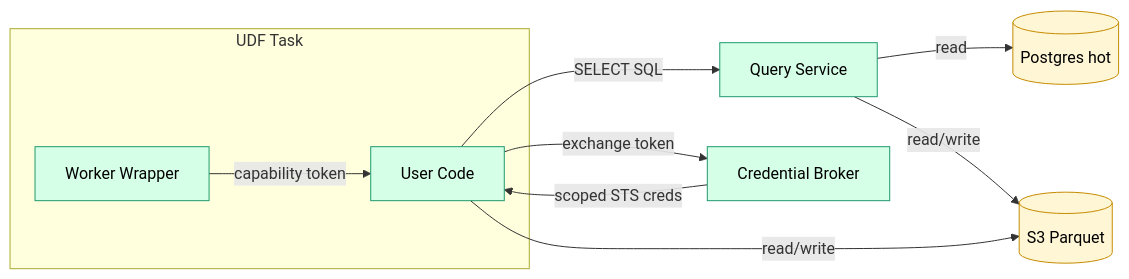
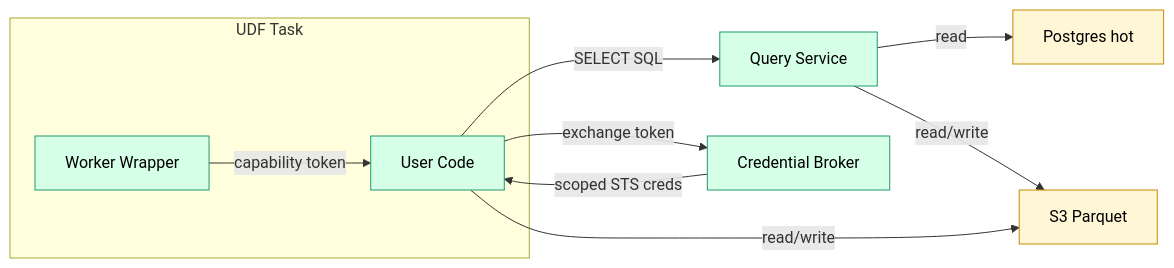
One commit to c7121/trace changed the diagram in docs/features/udf.md. Above: the diagram before and after it, drawn with Mermaid. The commit also changed 11 other files, not shown here.

````diff
--- a/docs/features/udf.md
+++ b/docs/features/udf.md
@@ -54,26 +54,26 @@
 ```mermaid
 flowchart LR
     subgraph U[UDF Task]
         wrapper[Worker Wrapper]:::component
         udf[User Code]:::component
     end
 
     qs[Query Service]:::component
     broker[Credential Broker]:::component
-    pg[(Postgres hot)]:::database
-    s3[(S3 Parquet)]:::database
+    pg["Postgres hot"]:::database
+    s3["S3 Parquet"]:::database
 
     wrapper -->|capability token| udf
 
     udf -->|SELECT SQL| qs
     qs -->|read| pg
     qs -->|read/write| s3
 
     udf -->|exchange token| broker
     broker -->|scoped STS creds| udf
 
     udf -->|read/write| s3
 
     classDef component fill:#d6ffe7,stroke:#1f9a6f,color:#000;
     classDef database fill:#fff6d6,stroke:#c58b00,color:#000;
 ```
````
